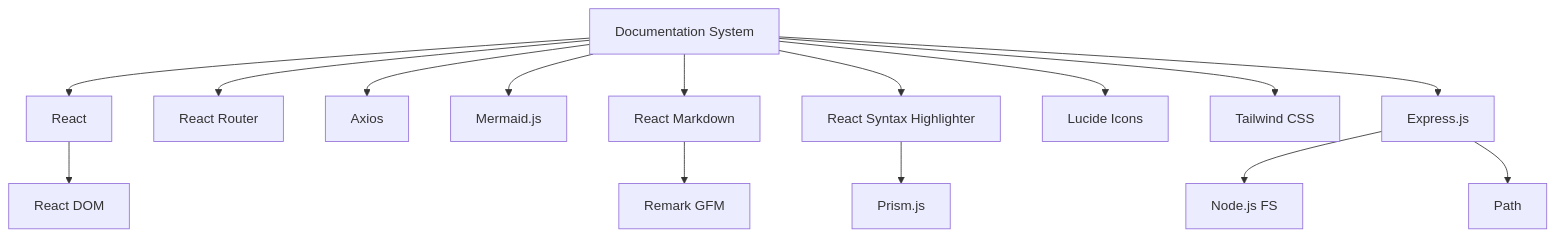
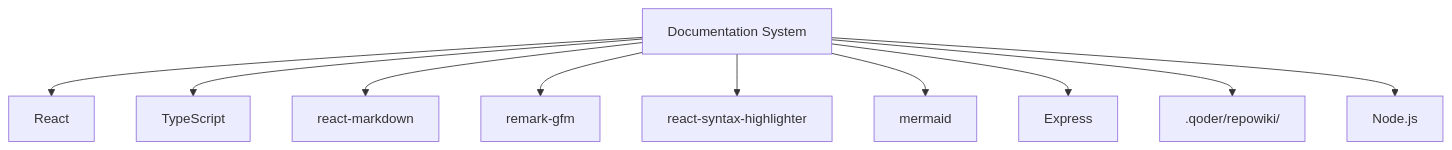
Before and after one commit to gaigenticai/Regulens: the sixth of 6 diagrams in .qoder/repowiki/en/content/Documentation System.md, drawn with Mermaid. The commit also changed other lines of this file and 3 other files, not shown here.

````diff
--- a/.qoder/repowiki/en/content/Documentation System.md
+++ b/.qoder/repowiki/en/content/Documentation System.md
@@ -252,17 +189,12 @@
 ```mermaid
 graph TD
 A[Documentation System] --> B[React]
-A --> C[React Router]
-A --> D[Axios]
-A --> E[Mermaid.js]
-A --> F[React Markdown]
-A --> G[React Syntax Highlighter]
-A --> H[Lucide Icons]
-A --> I[Tailwind CSS]
-B --> J[React DOM]
-F --> K[Remark GFM]
-G --> L[Prism.js]
-A --> M[Express.js]
-M --> N[Node.js FS]
-M --> O[Path]
+A --> C[TypeScript]
+A --> D[react-markdown]
+A --> E[remark-gfm]
+A --> F[react-syntax-highlighter]
+A --> G[mermaid]
+A --> H[Express]
+A --> I[.qoder/repowiki/]
+A --> J[Node.js]
 ```
````
